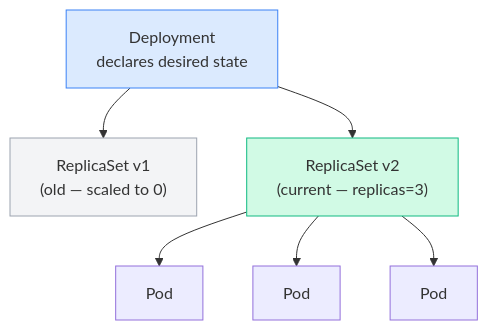
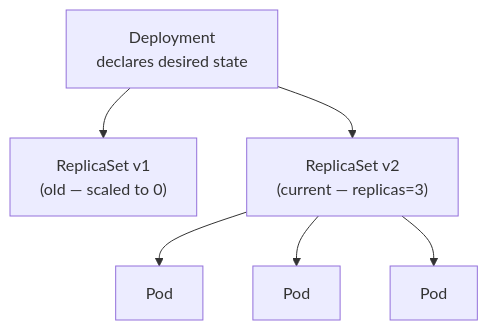
The first of 2 diagrams in content/cka/03-core-concepts-pods-services-deployments/33-deployments/33-deployments.md (Gautam4424/k8slearn-content), drawn with Mermaid before and after one commit. The commit also changed 40 other files, not shown here.

Commit message:
chore: fix mermaid style regex

````diff
--- a/content/cka/03-core-concepts-pods-services-deployments/33-deployments/33-deployments.md
+++ b/content/cka/03-core-concepts-pods-services-deployments/33-deployments/33-deployments.md
@@ -21,12 +21,9 @@
 ```mermaid
 graph TD
     D["Deployment\ndeclares desired state"]
     RS1["ReplicaSet v1\n(old — scaled to 0)"]
     RS2["ReplicaSet v2\n(current — replicas=3)"]
     P1["Pod"] & P2["Pod"] & P3["Pod"]
     D --> RS1 & RS2
     RS2 --> P1 & P2 & P3
-    style D fill:#dbeafe,stroke:#3b82f6
-    style RS1 fill:#f3f4f6,stroke:#9ca3af
-    style RS2 fill:#d1fae5,stroke:#10b981
 ```
````
